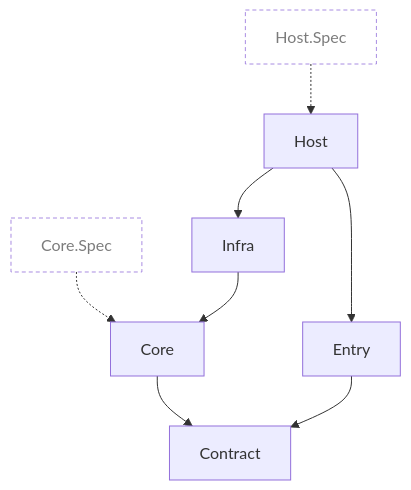
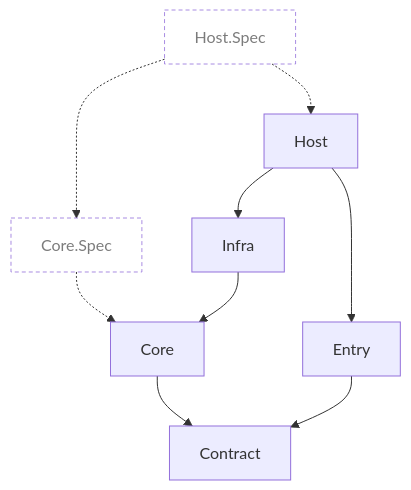
One commit to joakimsigvald/TSpec changed the first of 2 diagrams in SampleProjects/MyHotel/Architecture.Spec/_specification.md. Above: the diagram before and after it, drawn with Mermaid. The commit also changed other lines of this file and 49 other files, not shown here.

````diff
--- a/SampleProjects/MyHotel/Architecture.Spec/_specification.md
+++ b/SampleProjects/MyHotel/Architecture.Spec/_specification.md
@@ -5,20 +5,21 @@
 ```mermaid
 flowchart TD
     Contract
     Core
     Core_Spec["Core.Spec"]:::spec
     Entry
     Host
     Host_Spec["Host.Spec"]:::spec
     Infra
     Core --> Contract
     Core_Spec -.-> Core
     Entry --> Contract
     Host --> Entry
     Host --> Infra
+    Host_Spec -.-> Core_Spec
     Host_Spec -.-> Host
     Infra --> Core
     click Core "../Core.Spec/_specification/README.md"
     click Host "../Host.Spec/_specification/README.md"
     classDef spec fill:none,stroke-dasharray:4 3,opacity:0.8
 ```
````
